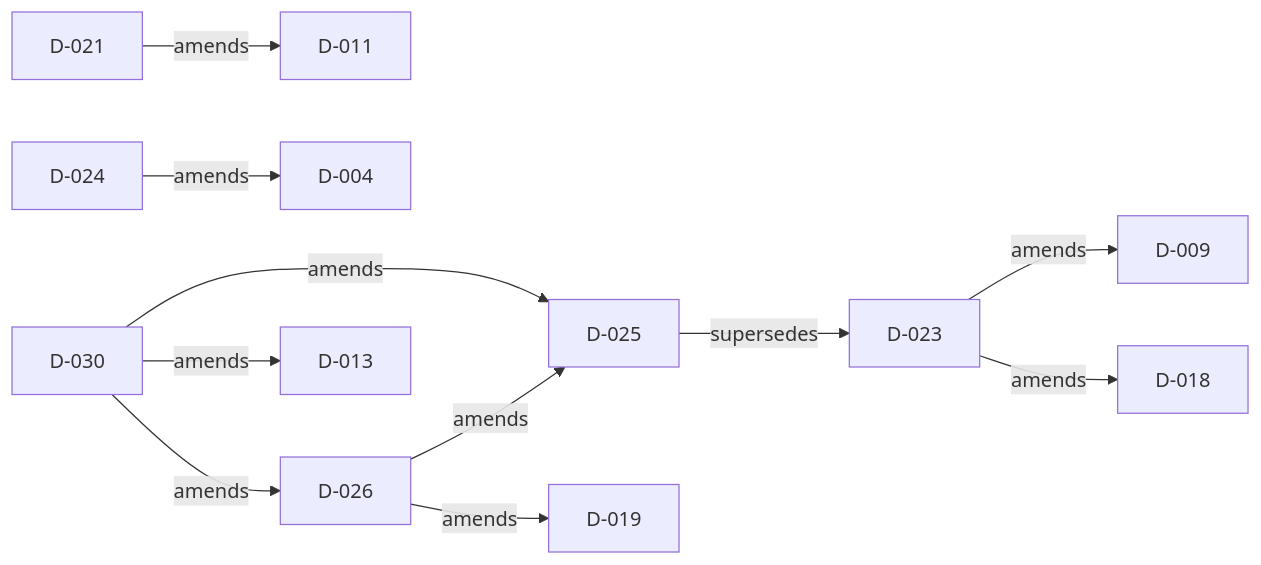
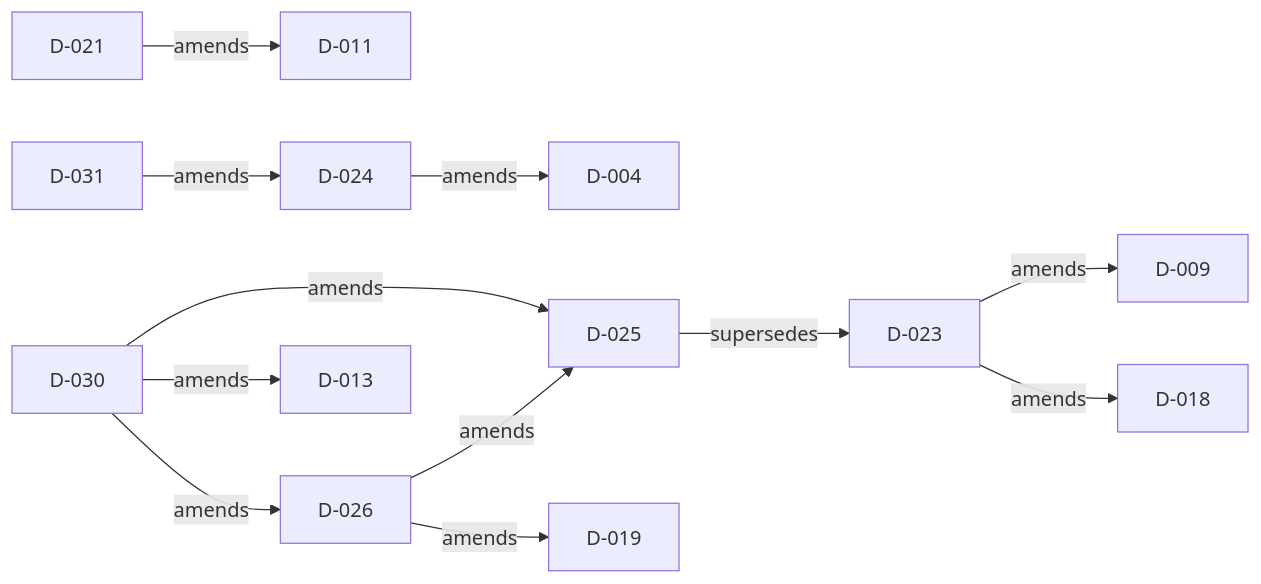
One commit to doka-labs/Doka.EntityFrameworkCore.MySql changed the diagram in docs/decisions/README.md. Above: the diagram before and after it, drawn with Mermaid. The commit also changed other lines of this file and 801 other files, not shown here.

````diff
--- a/docs/decisions/README.md
+++ b/docs/decisions/README.md
@@ -43,13 +44,14 @@
 ```mermaid
 flowchart LR
   D_021["D-021"] -->|"amends"| D_011["D-011"]
   D_023["D-023"] -->|"amends"| D_009["D-009"]
   D_023["D-023"] -->|"amends"| D_018["D-018"]
   D_024["D-024"] -->|"amends"| D_004["D-004"]
   D_025["D-025"] -->|"supersedes"| D_023["D-023"]
   D_026["D-026"] -->|"amends"| D_019["D-019"]
   D_026["D-026"] -->|"amends"| D_025["D-025"]
   D_030["D-030"] -->|"amends"| D_013["D-013"]
   D_030["D-030"] -->|"amends"| D_025["D-025"]
   D_030["D-030"] -->|"amends"| D_026["D-026"]
+  D_031["D-031"] -->|"amends"| D_024["D-024"]
 ```
````
